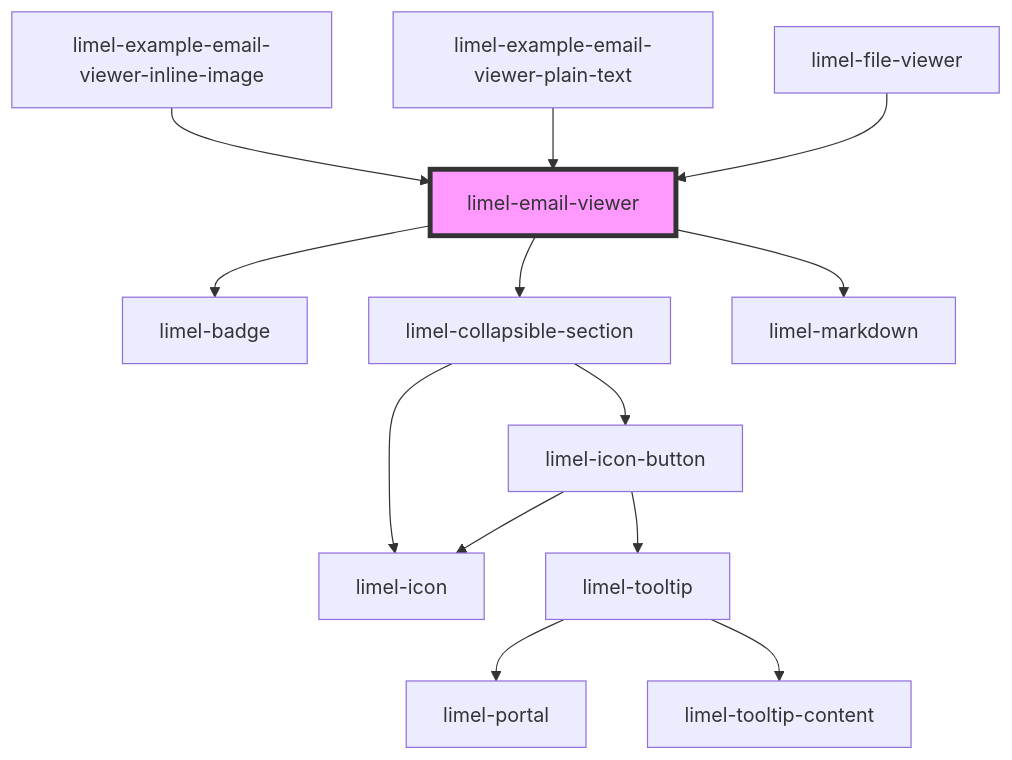
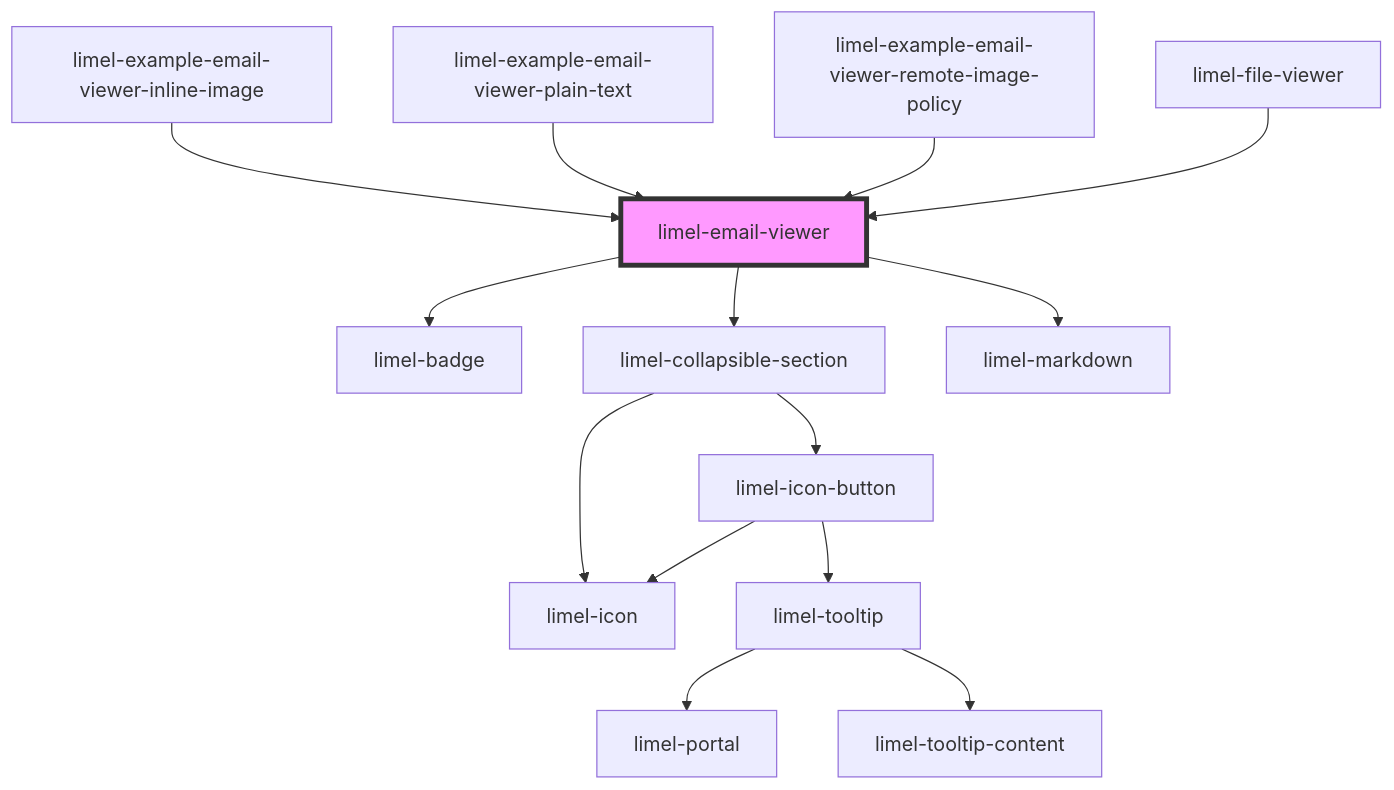
Before and after one commit to Lundalogik/lime-elements: the diagram in versions/PR-3783/markdown-docs/components/email-viewer/readme.md, drawn with Mermaid. The commit also changed other lines of this file and 328 other files, not shown here.

````diff
--- a/versions/PR-3783/markdown-docs/components/email-viewer/readme.md
+++ b/versions/PR-3783/markdown-docs/components/email-viewer/readme.md
@@ -49,16 +50,17 @@
 ```mermaid
 graph TD;
   limel-email-viewer --> limel-badge
   limel-email-viewer --> limel-collapsible-section
   limel-email-viewer --> limel-markdown
   limel-collapsible-section --> limel-icon
   limel-collapsible-section --> limel-icon-button
   limel-icon-button --> limel-icon
   limel-icon-button --> limel-tooltip
   limel-tooltip --> limel-portal
   limel-tooltip --> limel-tooltip-content
   limel-example-email-viewer-inline-image --> limel-email-viewer
   limel-example-email-viewer-plain-text --> limel-email-viewer
+  limel-example-email-viewer-remote-image-policy --> limel-email-viewer
   limel-file-viewer --> limel-email-viewer
   style limel-email-viewer fill:#f9f,stroke:#333,stroke-width:4px
 ```
````
